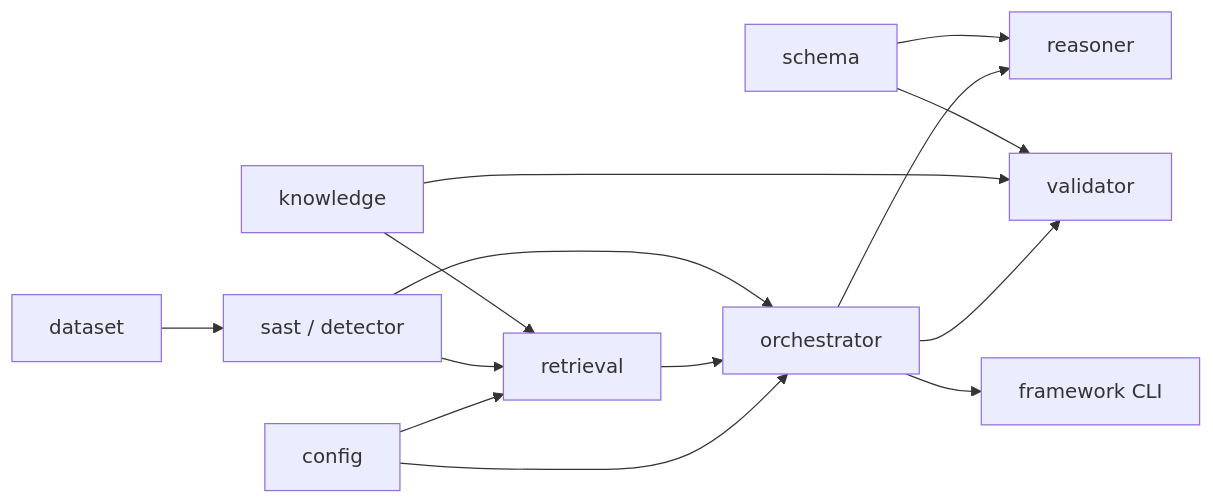
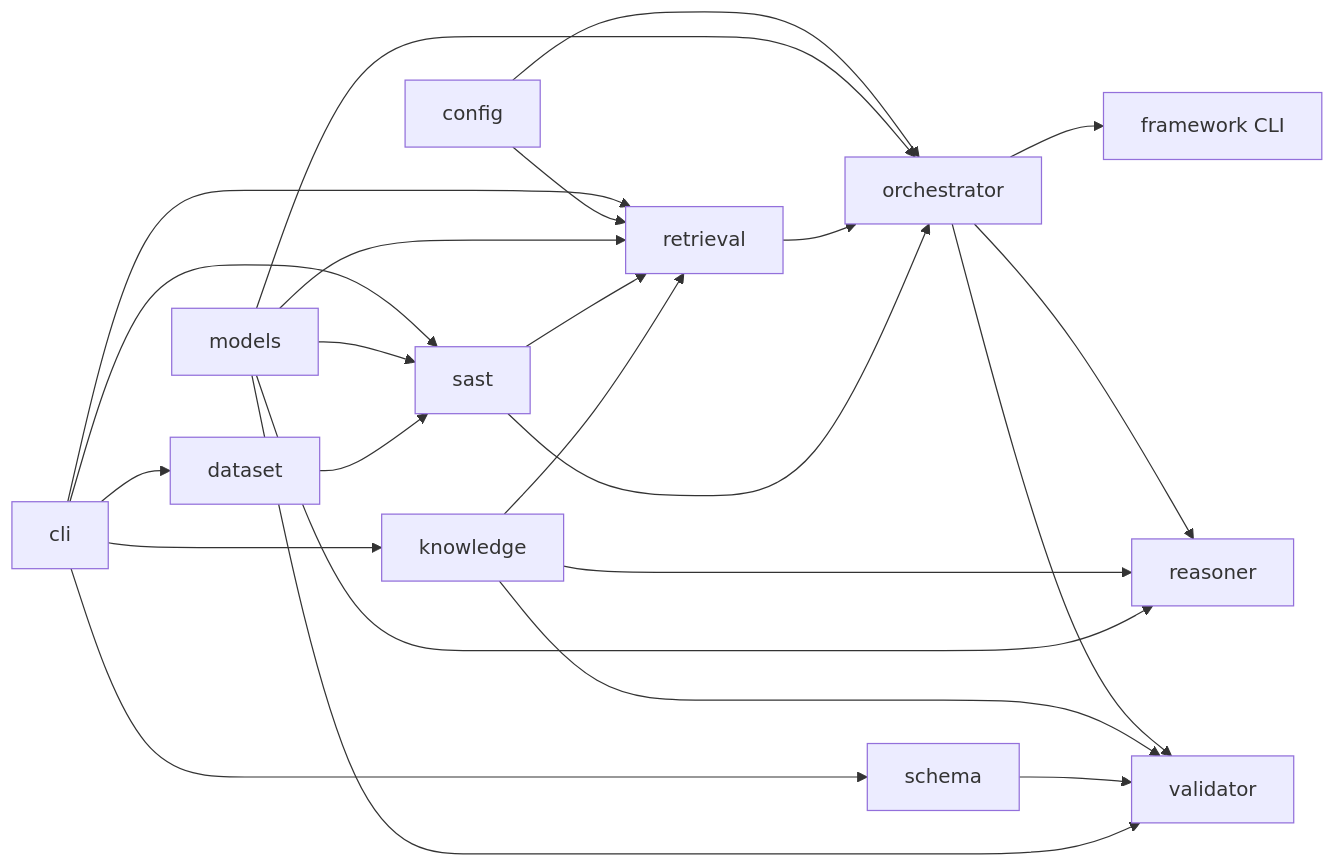
The diagram in docs/architecture.md (richa-code01/rag-multiagent-cwe-vuln), drawn with Mermaid before and after one commit. The commit also changed other lines of this file and 89 other files, not shown here.

````diff
--- a/docs/architecture.md
+++ b/docs/architecture.md
@@ -23,16 +44,26 @@
 ```mermaid
 flowchart LR
-  dataset[dataset] --> sast[sast / detector]
+  dataset[dataset] --> sast[sast]
   sast --> orch[orchestrator]
   knowledge[knowledge] --> retrieval[retrieval]
   sast --> retrieval
   retrieval --> orch
-  schema[schema] --> reasoner[reasoner]
-  schema --> validator[validator]
+  models[models] --> sast
+  models --> retrieval
+  models --> reasoner[reasoner]
+  models --> validator[validator]
+  models --> orch
+  schema[schema] --> validator
   knowledge --> validator
+  knowledge --> reasoner
   orch --> reasoner
   orch --> validator
   orch --> framework[framework CLI]
   config[config] --> retrieval
   config --> orch
+  cli[cli] --> dataset
+  cli --> knowledge
+  cli --> sast
+  cli --> retrieval
+  cli --> schema
 ```
````
